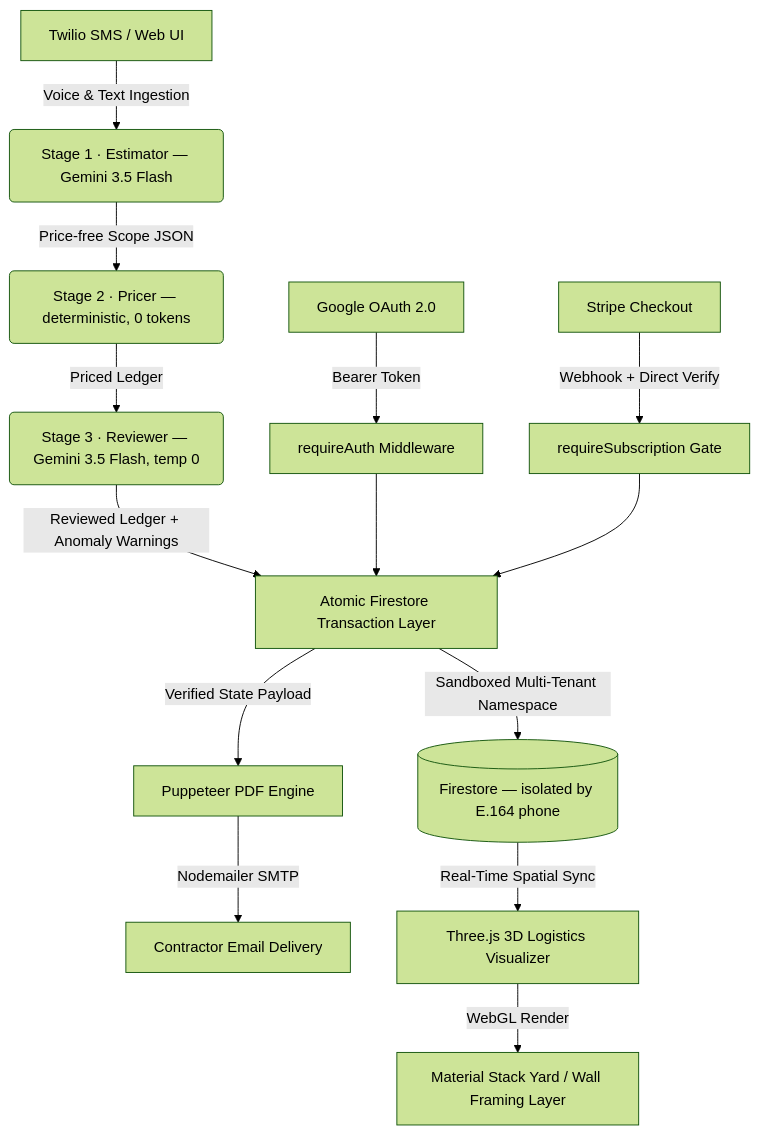
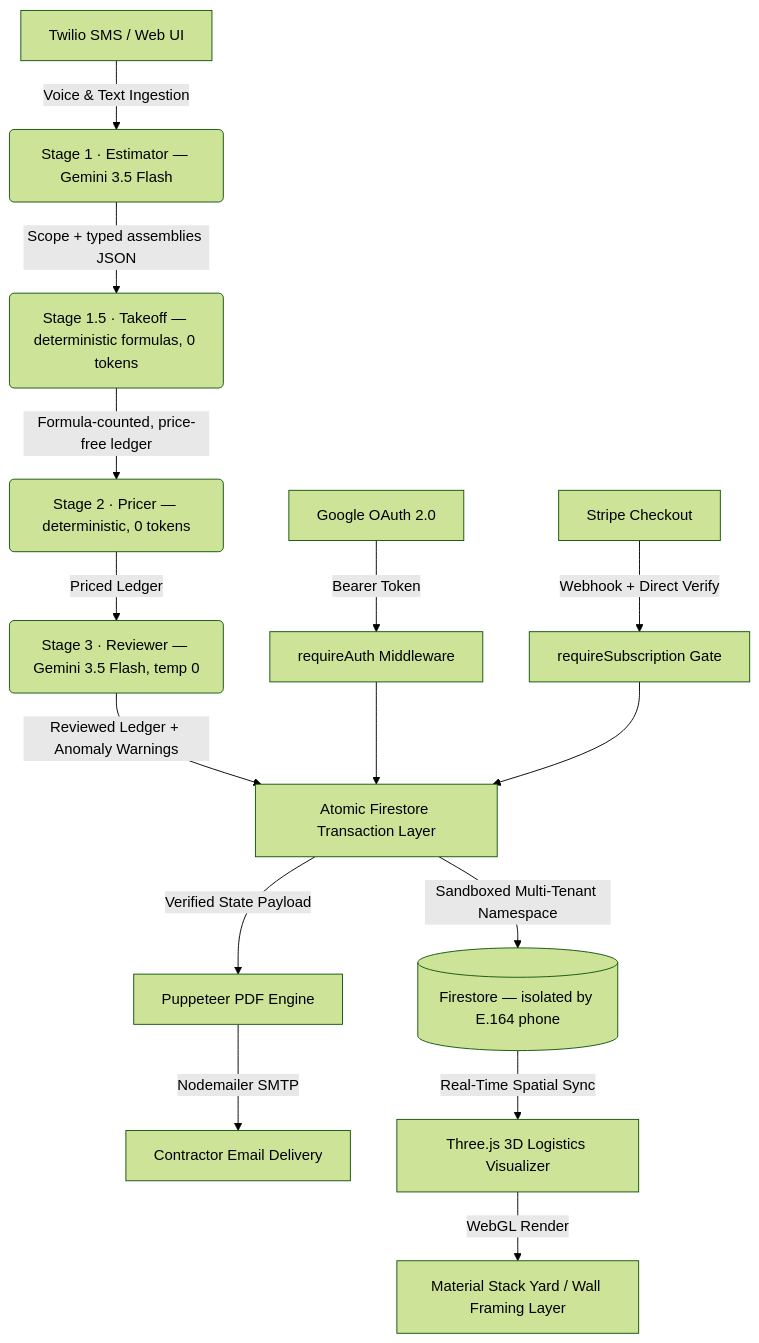
The diagram in README.md (iPolluxx/StudCast), drawn with Mermaid (forest theme) before and after one commit. The commit also changed other lines of this file and 1 other file, not shown here.

First line of the commit message:
docs: document the deterministic Takeoff engine (4-stage pipeline)

````diff
--- a/README.md
+++ b/README.md
@@ -12,16 +12,17 @@
 ```mermaid
 graph TD
     A[Twilio SMS / Web UI] -->|Voice & Text Ingestion| B(Stage 1 · Estimator — Gemini 3.5 Flash)
-    B -->|Price-free Scope JSON| P(Stage 2 · Pricer — deterministic, 0 tokens)
+    B -->|Scope + typed assemblies JSON| T(Stage 1.5 · Takeoff — deterministic formulas, 0 tokens)
+    T -->|Formula-counted, price-free ledger| P(Stage 2 · Pricer — deterministic, 0 tokens)
     P -->|Priced Ledger| R(Stage 3 · Reviewer — Gemini 3.5 Flash, temp 0)
     R -->|Reviewed Ledger + Anomaly Warnings| D[Atomic Firestore Transaction Layer]
     D -->|Sandboxed Multi-Tenant Namespace| E[(Firestore — isolated by E.164 phone)]
     D -->|Verified State Payload| F[Puppeteer PDF Engine]
     F -->|Nodemailer SMTP| G[Contractor Email Delivery]
     E -->|Real-Time Spatial Sync| H[Three.js 3D Logistics Visualizer]
     H -->|WebGL Render| I[Material Stack Yard / Wall Framing Layer]
     J[Google OAuth 2.0] -->|Bearer Token| K[requireAuth Middleware]
     K --> D
     L[Stripe Checkout] -->|Webhook + Direct Verify| M[requireSubscription Gate]
     M --> D
 ```
````
